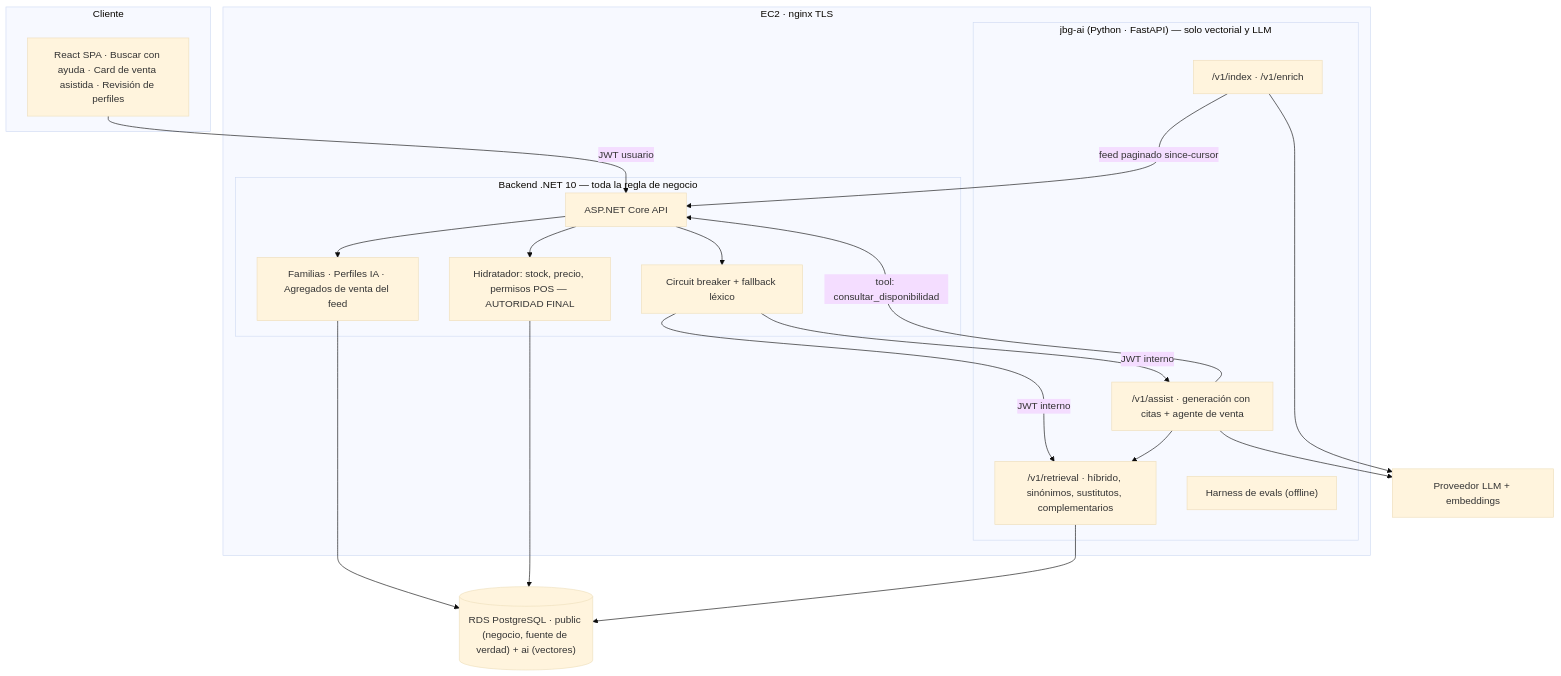
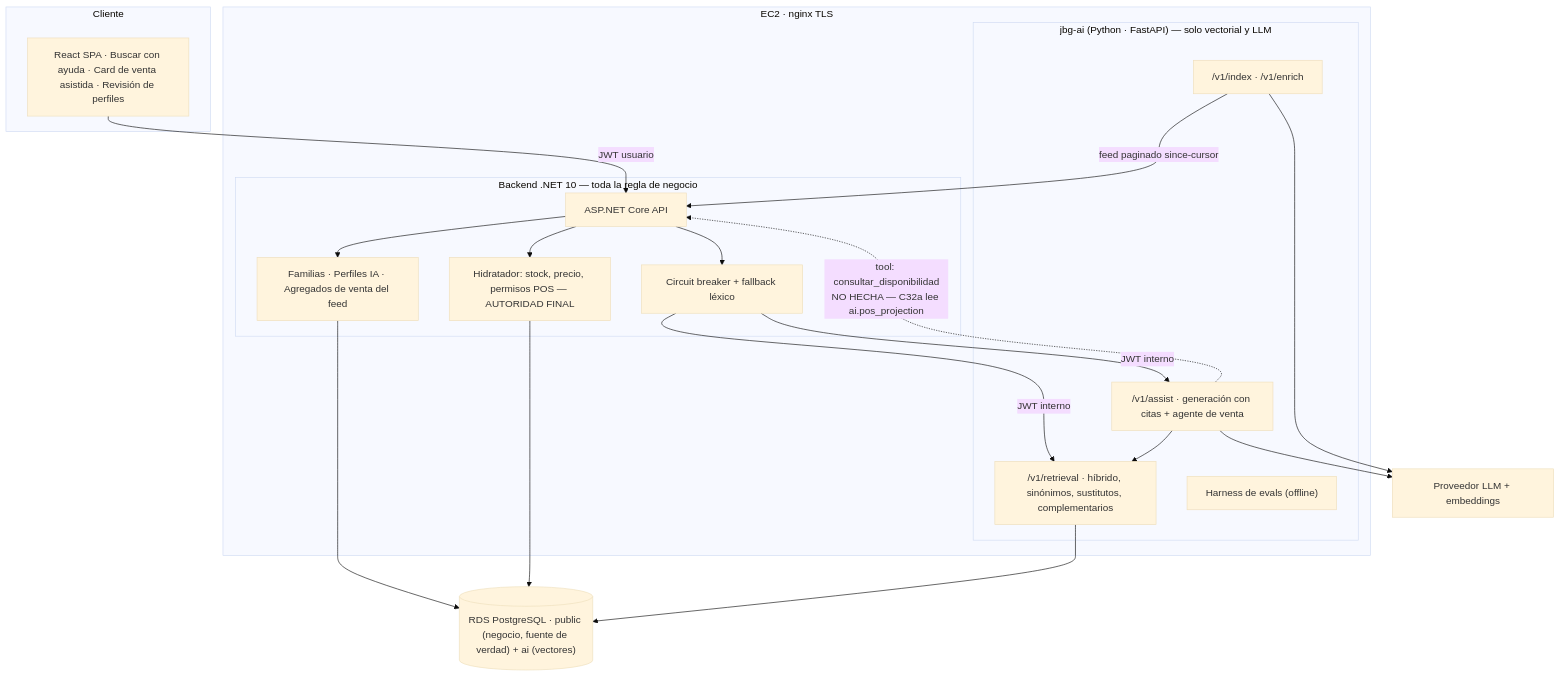
Before and after one commit to skydr4g0n-it/joiabagur-pv: the diagram in Documentos/Proyecto Final AIEng/proyecto-final-diseno-rag-joiabagur.md, drawn with Mermaid (base theme). The commit also changed other lines of this file and 8 other files, not shown here.

````diff
--- a/Documentos/Proyecto Final AIEng/proyecto-final-diseno-rag-joiabagur.md
+++ b/Documentos/Proyecto Final AIEng/proyecto-final-diseno-rag-joiabagur.md
@@ -157,39 +157,39 @@
 ```mermaid
 flowchart TB
     subgraph cliente["Cliente"]
         SPA["React SPA · Buscar con ayuda · Card de venta asistida · Revisión de perfiles"]
     end
 
     subgraph ec2["EC2 · nginx TLS"]
         subgraph net["Backend .NET 10 — toda la regla de negocio"]
             API["ASP.NET Core API"]
             BIZ["Familias · Perfiles IA · Agregados de venta del feed"]
             HYD["Hidratador: stock, precio, permisos POS — AUTORIDAD FINAL"]
             CB["Circuit breaker + fallback léxico"]
         end
         subgraph py["jbg-ai (Python · FastAPI) — solo vectorial y LLM"]
             R1["/v1/retrieval · híbrido, sinónimos, sustitutos, complementarios"]
             R2["/v1/assist · generación con citas + agente de venta"]
             R4["/v1/index · /v1/enrich"]
             EV["Harness de evals (offline)"]
         end
     end
 
     DB[("RDS PostgreSQL · public (negocio, fuente de verdad) + ai (vectores)")]
     LLM["Proveedor LLM + embeddings"]
 
     SPA -->|JWT usuario| API
     API --> CB
     CB -->|JWT interno| R1
     CB -->|JWT interno| R2
     R4 -->|feed paginado since-cursor| API
-    R2 -->|tool: consultar_disponibilidad| API
+    R2 -.->|tool: consultar_disponibilidad<br/>NO HECHA — C32a lee ai.pos_projection| API
     API --> BIZ
     BIZ --> DB
     API --> HYD
     HYD --> DB
     R1 --> DB
     R2 --> R1
     R2 --> LLM
     R4 --> LLM
 ```
````
